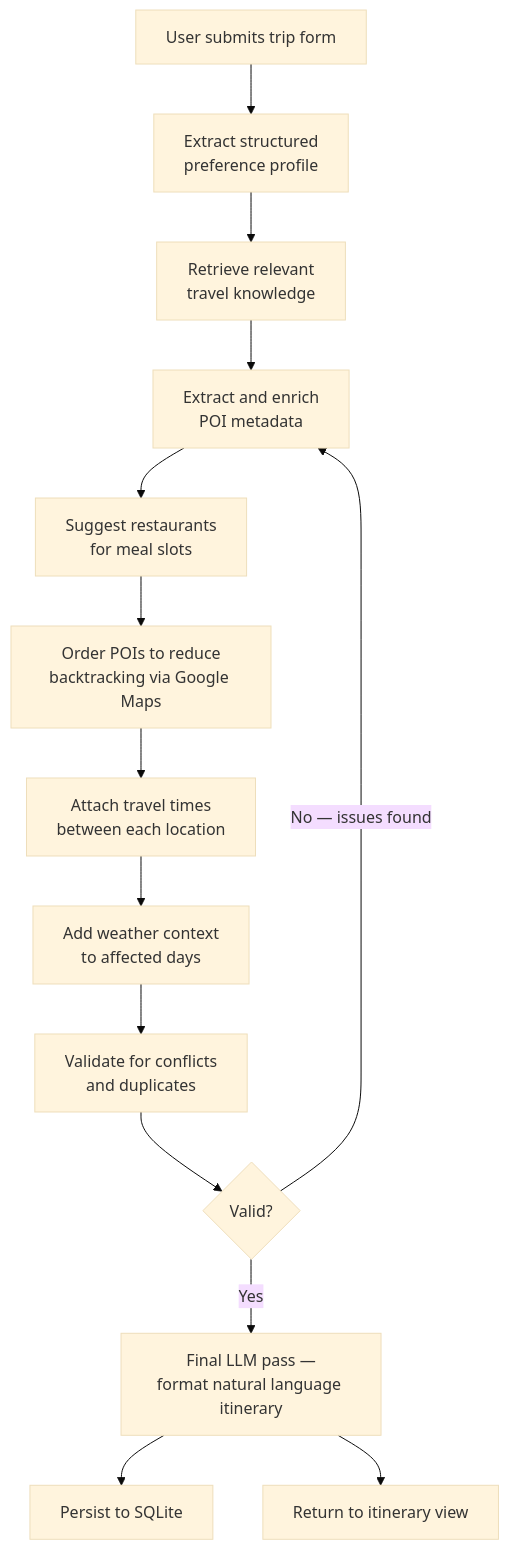
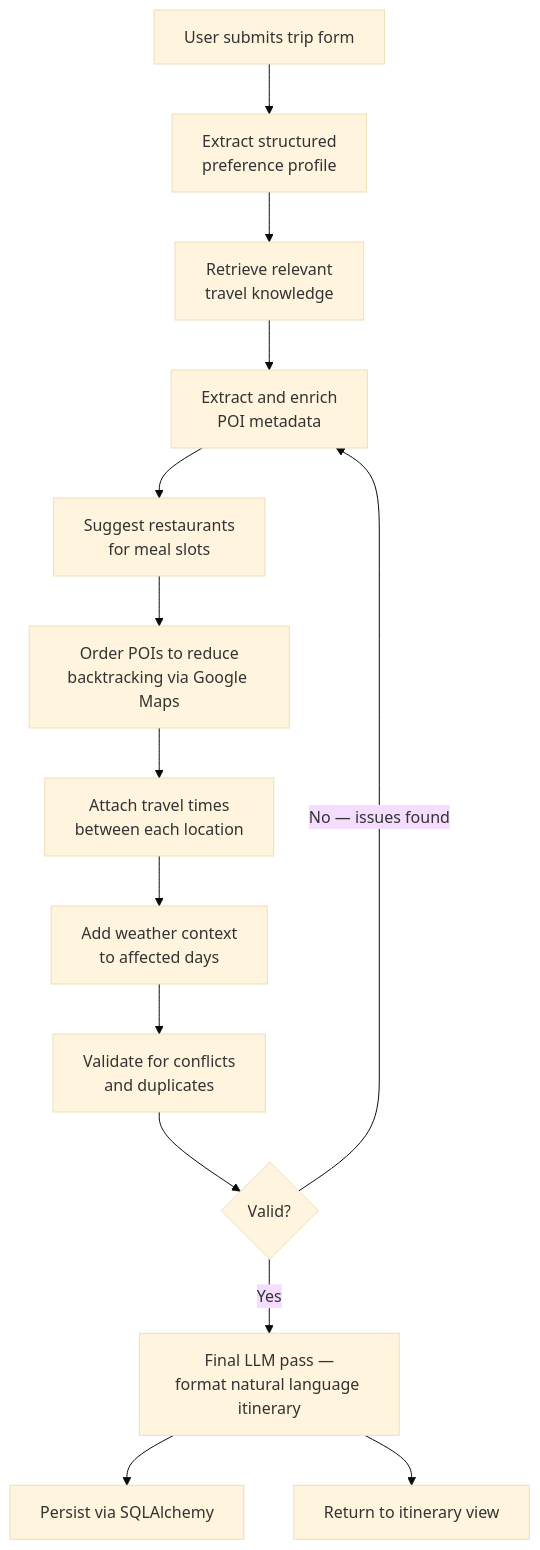
One commit to aimeano/Ai-tinerary changed the third of 3 diagrams in README.md. Above: the diagram before and after it, drawn with Mermaid (base theme). The commit also changed other lines of this file, not shown here.

````diff
--- a/README.md
+++ b/README.md
@@ -211,16 +221,16 @@
 ```mermaid
 flowchart TD
     A[User submits trip form] --> B[Extract structured\npreference profile]
     B --> C[Retrieve relevant\ntravel knowledge]
     C --> D[Extract and enrich\nPOI metadata]
     D --> E[Suggest restaurants\nfor meal slots]
     E --> F[Order POIs to reduce\nbacktracking via Google Maps]
     F --> G[Attach travel times\nbetween each location]
     G --> H[Add weather context\nto affected days]
     H --> I[Validate for conflicts\nand duplicates]
     I --> J{Valid?}
     J -->|Yes| K[Final LLM pass —\nformat natural language itinerary]
     J -->|No — issues found| D
-    K --> L[Persist to SQLite]
+    K --> L[Persist via SQLAlchemy]
     K --> M[Return to itinerary view]
 ```
````
